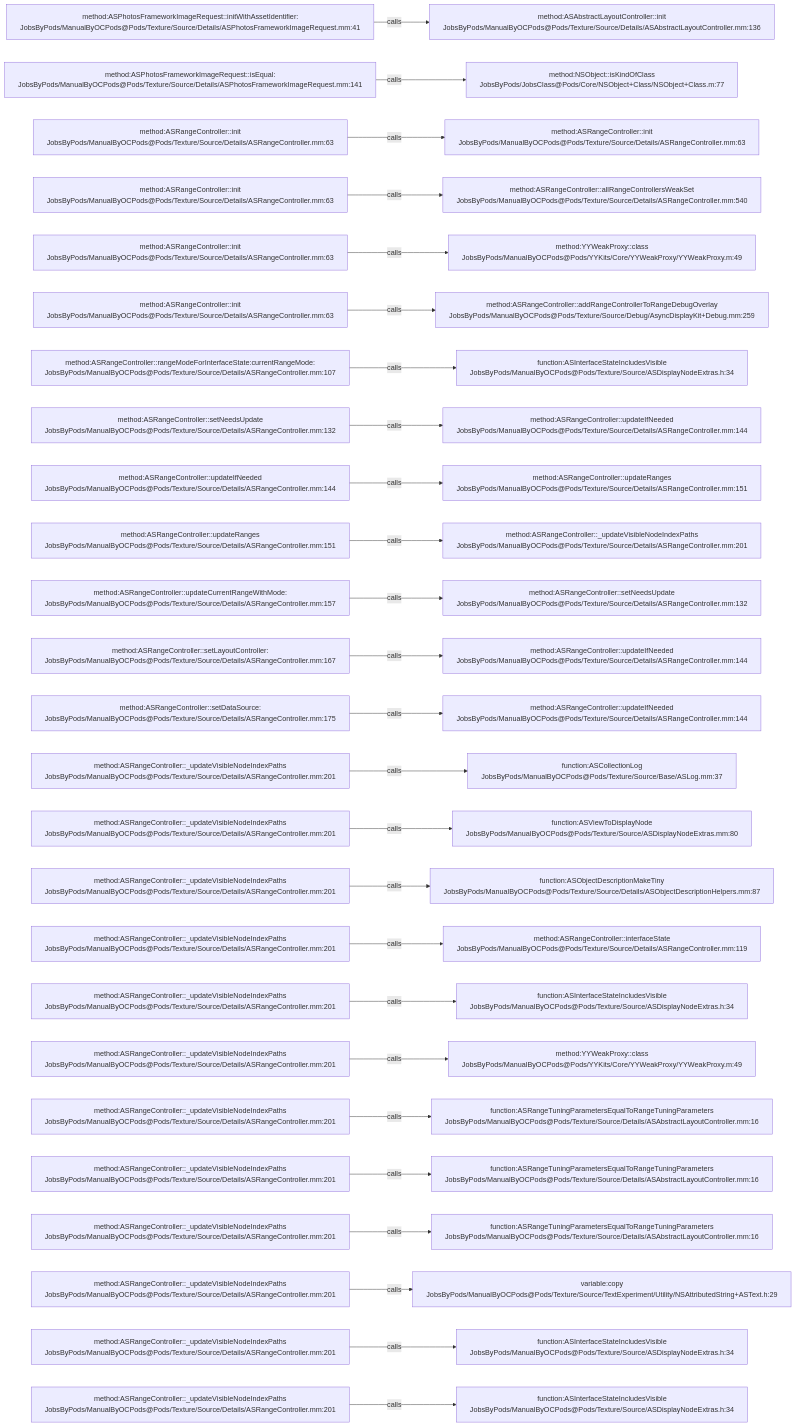
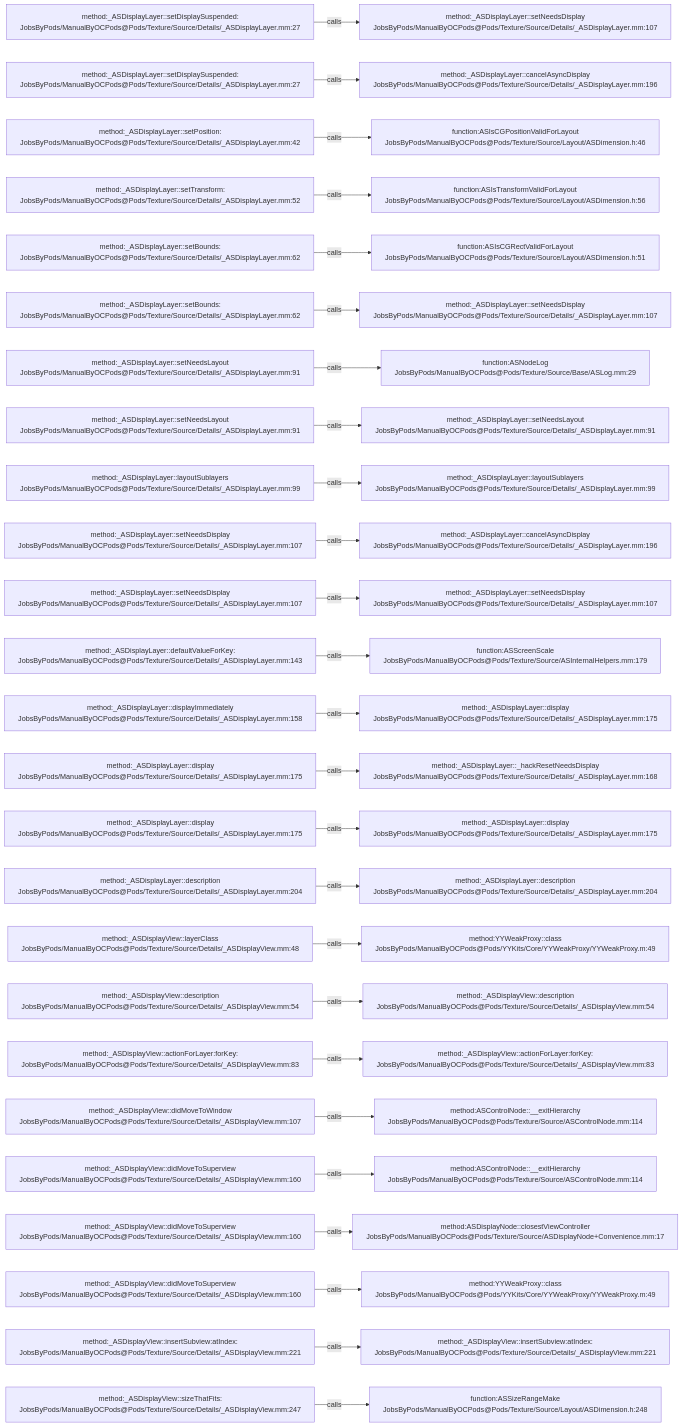
The diagram in .codegraph/codegraph.md/graphs/calls-155.md (JobsKits/JobsOCBaseConfigDemo), drawn with Mermaid before and after one commit. The commit also changed 2723 other files, not shown here.

````diff
--- a/.codegraph/codegraph.md/graphs/calls-155.md
+++ b/.codegraph/codegraph.md/graphs/calls-155.md
@@ -13,78 +13,78 @@
 ```mermaid
 flowchart LR
-  S1["method:ASPhotosFrameworkImageRequest::initWithAssetIdentifier:<br/>JobsByPods/ManualByOCPods@Pods/Texture/Source/Details/ASPhotosFrameworkImageRequest.mm:41"]
-  T1["method:ASAbstractLayoutController::init<br/>JobsByPods/ManualByOCPods@Pods/Texture/Source/Details/ASAbstractLayoutController.mm:136"]
+  S1["method:_ASDisplayLayer::setDisplaySuspended:<br/>JobsByPods/ManualByOCPods@Pods/Texture/Source/Details/_ASDisplayLayer.mm:27"]
+  T1["method:_ASDisplayLayer::setNeedsDisplay<br/>JobsByPods/ManualByOCPods@Pods/Texture/Source/Details/_ASDisplayLayer.mm:107"]
   S1 -->|calls| T1
-  S2["method:ASPhotosFrameworkImageRequest::isEqual:<br/>JobsByPods/ManualByOCPods@Pods/Texture/Source/Details/ASPhotosFrameworkImageRequest.mm:141"]
-  T2["method:NSObject::isKindOfClass<br/>JobsByPods/JobsClass@Pods/Core/NSObject+Class/NSObject+Class.m:77"]
+  S2["method:_ASDisplayLayer::setDisplaySuspended:<br/>JobsByPods/ManualByOCPods@Pods/Texture/Source/Details/_ASDisplayLayer.mm:27"]
+  T2["method:_ASDisplayLayer::cancelAsyncDisplay<br/>JobsByPods/ManualByOCPods@Pods/Texture/Source/Details/_ASDisplayLayer.mm:196"]
   S2 -->|calls| T2
-  S3["method:ASRangeController::init<br/>JobsByPods/ManualByOCPods@Pods/Texture/Source/Details/ASRangeController.mm:63"]
-  T3["method:ASRangeController::init<br/>JobsByPods/ManualByOCPods@Pods/Texture/Source/Details/ASRangeController.mm:63"]
+  S3["method:_ASDisplayLayer::setPosition:<br/>JobsByPods/ManualByOCPods@Pods/Texture/Source/Details/_ASDisplayLayer.mm:42"]
+  T3["function:ASIsCGPositionValidForLayout<br/>JobsByPods/ManualByOCPods@Pods/Texture/Source/Layout/ASDimension.h:46"]
   S3 -->|calls| T3
-  S4["method:ASRangeController::init<br/>JobsByPods/ManualByOCPods@Pods/Texture/Source/Details/ASRangeController.mm:63"]
-  T4["method:ASRangeController::allRangeControllersWeakSet<br/>JobsByPods/ManualByOCPods@Pods/Texture/Source/Details/ASRangeController.mm:540"]
+  S4["method:_ASDisplayLayer::setTransform:<br/>JobsByPods/ManualByOCPods@Pods/Texture/Source/Details/_ASDisplayLayer.mm:52"]
+  T4["function:ASIsTransformValidForLayout<br/>JobsByPods/ManualByOCPods@Pods/Texture/Source/Layout/ASDimension.h:56"]
   S4 -->|calls| T4
-  S5["method:ASRangeController::init<br/>JobsByPods/ManualByOCPods@Pods/Texture/Source/Details/ASRangeController.mm:63"]
-  T5["method:YYWeakProxy::class<br/>JobsByPods/ManualByOCPods@Pods/YYKits/Core/YYWeakProxy/YYWeakProxy.m:49"]
+  S5["method:_ASDisplayLayer::setBounds:<br/>JobsByPods/ManualByOCPods@Pods/Texture/Source/Details/_ASDisplayLayer.mm:62"]
+  T5["function:ASIsCGRectValidForLayout<br/>JobsByPods/ManualByOCPods@Pods/Texture/Source/Layout/ASDimension.h:51"]
   S5 -->|calls| T5
-  S6["method:ASRangeController::init<br/>JobsByPods/ManualByOCPods@Pods/Texture/Source/Details/ASRangeController.mm:63"]
-  T6["method:ASRangeController::addRangeControllerToRangeDebugOverlay<br/>JobsByPods/ManualByOCPods@Pods/Texture/Source/Debug/AsyncDisplayKit+Debug.mm:259"]
+  S6["method:_ASDisplayLayer::setBounds:<br/>JobsByPods/ManualByOCPods@Pods/Texture/Source/Details/_ASDisplayLayer.mm:62"]
+  T6["method:_ASDisplayLayer::setNeedsDisplay<br/>JobsByPods/ManualByOCPods@Pods/Texture/Source/Details/_ASDisplayLayer.mm:107"]
   S6 -->|calls| T6
-  S7["method:ASRangeController::rangeModeForInterfaceState:currentRangeMode:<br/>JobsByPods/ManualByOCPods@Pods/Texture/Source/Details/ASRangeController.mm:107"]
-  T7["function:ASInterfaceStateIncludesVisible<br/>JobsByPods/ManualByOCPods@Pods/Texture/Source/ASDisplayNodeExtras.h:34"]
+  S7["method:_ASDisplayLayer::setNeedsLayout<br/>JobsByPods/ManualByOCPods@Pods/Texture/Source/Details/_ASDisplayLayer.mm:91"]
+  T7["function:ASNodeLog<br/>JobsByPods/ManualByOCPods@Pods/Texture/Source/Base/ASLog.mm:29"]
   S7 -->|calls| T7
-  S8["method:ASRangeController::setNeedsUpdate<br/>JobsByPods/ManualByOCPods@Pods/Texture/Source/Details/ASRangeController.mm:132"]
-  T8["method:ASRangeController::updateIfNeeded<br/>JobsByPods/ManualByOCPods@Pods/Texture/Source/Details/ASRangeController.mm:144"]
+  S8["method:_ASDisplayLayer::setNeedsLayout<br/>JobsByPods/ManualByOCPods@Pods/Texture/Source/Details/_ASDisplayLayer.mm:91"]
+  T8["method:_ASDisplayLayer::setNeedsLayout<br/>JobsByPods/ManualByOCPods@Pods/Texture/Source/Details/_ASDisplayLayer.mm:91"]
   S8 -->|calls| T8
-  S9["method:ASRangeController::updateIfNeeded<br/>JobsByPods/ManualByOCPods@Pods/Texture/Source/Details/ASRangeController.mm:144"]
-  T9["method:ASRangeController::updateRanges<br/>JobsByPods/ManualByOCPods@Pods/Texture/Source/Details/ASRangeController.mm:151"]
+  S9["method:_ASDisplayLayer::layoutSublayers<br/>JobsByPods/ManualByOCPods@Pods/Texture/Source/Details/_ASDisplayLayer.mm:99"]
+  T9["method:_ASDisplayLayer::layoutSublayers<br/>JobsByPods/ManualByOCPods@Pods/Texture/Source/Details/_ASDisplayLayer.mm:99"]
   S9 -->|calls| T9
-  S10["method:ASRangeController::updateRanges<br/>JobsByPods/ManualByOCPods@Pods/Texture/Source/Details/ASRangeController.mm:151"]
-  T10["method:ASRangeController::_updateVisibleNodeIndexPaths<br/>JobsByPods/ManualByOCPods@Pods/Texture/Source/Details/ASRangeController.mm:201"]
+  S10["method:_ASDisplayLayer::setNeedsDisplay<br/>JobsByPods/ManualByOCPods@Pods/Texture/Source/Details/_ASDisplayLayer.mm:107"]
+  T10["method:_ASDisplayLayer::cancelAsyncDisplay<br/>JobsByPods/ManualByOCPods@Pods/Texture/Source/Details/_ASDisplayLayer.mm:196"]
   S10 -->|calls| T10
-  S11["method:ASRangeController::updateCurrentRangeWithMode:<br/>JobsByPods/ManualByOCPods@Pods/Texture/Source/Details/ASRangeController.mm:157"]
-  T11["method:ASRangeController::setNeedsUpdate<br/>JobsByPods/ManualByOCPods@Pods/Texture/Source/Details/ASRangeController.mm:132"]
+  S11["method:_ASDisplayLayer::setNeedsDisplay<br/>JobsByPods/ManualByOCPods@Pods/Texture/Source/Details/_ASDisplayLayer.mm:107"]
+  T11["method:_ASDisplayLayer::setNeedsDisplay<br/>JobsByPods/ManualByOCPods@Pods/Texture/Source/Details/_ASDisplayLayer.mm:107"]
   S11 -->|calls| T11
-  S12["method:ASRangeController::setLayoutController:<br/>JobsByPods/ManualByOCPods@Pods/Texture/Source/Details/ASRangeController.mm:167"]
-  T12["method:ASRangeController::updateIfNeeded<br/>JobsByPods/ManualByOCPods@Pods/Texture/Source/Details/ASRangeController.mm:144"]
+  S12["method:_ASDisplayLayer::defaultValueForKey:<br/>JobsByPods/ManualByOCPods@Pods/Texture/Source/Details/_ASDisplayLayer.mm:143"]
+  T12["function:ASScreenScale<br/>JobsByPods/ManualByOCPods@Pods/Texture/Source/ASInternalHelpers.mm:179"]
   S12 -->|calls| T12
-  S13["method:ASRangeController::setDataSource:<br/>JobsByPods/ManualByOCPods@Pods/Texture/Source/Details/ASRangeController.mm:175"]
-  T13["method:ASRangeController::updateIfNeeded<br/>JobsByPods/ManualByOCPods@Pods/Texture/Source/Details/ASRangeController.mm:144"]
+  S13["method:_ASDisplayLayer::displayImmediately<br/>JobsByPods/ManualByOCPods@Pods/Texture/Source/Details/_ASDisplayLayer.mm:158"]
+  T13["method:_ASDisplayLayer::display<br/>JobsByPods/ManualByOCPods@Pods/Texture/Source/Details/_ASDisplayLayer.mm:175"]
   S13 -->|calls| T13
-  S14["method:ASRangeController::_updateVisibleNodeIndexPaths<br/>JobsByPods/ManualByOCPods@Pods/Texture/Source/Details/ASRangeController.mm:201"]
-  T14["function:ASCollectionLog<br/>JobsByPods/ManualByOCPods@Pods/Texture/Source/Base/ASLog.mm:37"]
+  S14["method:_ASDisplayLayer::display<br/>JobsByPods/ManualByOCPods@Pods/Texture/Source/Details/_ASDisplayLayer.mm:175"]
+  T14["method:_ASDisplayLayer::_hackResetNeedsDisplay<br/>JobsByPods/ManualByOCPods@Pods/Texture/Source/Details/_ASDisplayLayer.mm:168"]
   S14 -->|calls| T14
-  S15["method:ASRangeController::_updateVisibleNodeIndexPaths<br/>JobsByPods/ManualByOCPods@Pods/Texture/Source/Details/ASRangeController.mm:201"]
-  T15["function:ASViewToDisplayNode<br/>JobsByPods/ManualByOCPods@Pods/Texture/Source/ASDisplayNodeExtras.mm:80"]
+  S15["method:_ASDisplayLayer::display<br/>JobsByPods/ManualByOCPods@Pods/Texture/Source/Details/_ASDisplayLayer.mm:175"]
+  T15["method:_ASDisplayLayer::display<br/>JobsByPods/ManualByOCPods@Pods/Texture/Source/Details/_ASDisplayLayer.mm:175"]
   S15 -->|calls| T15
-  S16["method:ASRangeController::_updateVisibleNodeIndexPaths<br/>JobsByPods/ManualByOCPods@Pods/Texture/Source/Details/ASRangeController.mm:201"]
-  T16["function:ASObjectDescriptionMakeTiny<br/>JobsByPods/ManualByOCPods@Pods/Texture/Source/Details/ASObjectDescriptionHelpers.mm:87"]
+  S16["method:_ASDisplayLayer::description<br/>JobsByPods/ManualByOCPods@Pods/Texture/Source/Details/_ASDisplayLayer.mm:204"]
+  T16["method:_ASDisplayLayer::description<br/>JobsByPods/ManualByOCPods@Pods/Texture/Source/Details/_ASDisplayLayer.mm:204"]
   S16 -->|calls| T16
-  S17["method:ASRangeController::_updateVisibleNodeIndexPaths<br/>JobsByPods/ManualByOCPods@Pods/Texture/Source/Details/ASRangeController.mm:201"]
-  T17["method:ASRangeController::interfaceState<br/>JobsByPods/ManualByOCPods@Pods/Texture/Source/Details/ASRangeController.mm:119"]
+  S17["method:_ASDisplayView::layerClass<br/>JobsByPods/ManualByOCPods@Pods/Texture/Source/Details/_ASDisplayView.mm:48"]
+  T17["method:YYWeakProxy::class<br/>JobsByPods/ManualByOCPods@Pods/YYKits/Core/YYWeakProxy/YYWeakProxy.m:49"]
   S17 -->|calls| T17
-  S18["method:ASRangeController::_updateVisibleNodeIndexPaths<br/>JobsByPods/ManualByOCPods@Pods/Texture/Source/Details/ASRangeController.mm:201"]
-  T18["function:ASInterfaceStateIncludesVisible<br/>JobsByPods/ManualByOCPods@Pods/Texture/Source/ASDisplayNodeExtras.h:34"]
+  S18["method:_ASDisplayView::description<br/>JobsByPods/ManualByOCPods@Pods/Texture/Source/Details/_ASDisplayView.mm:54"]
+  T18["method:_ASDisplayView::description<br/>JobsByPods/ManualByOCPods@Pods/Texture/Source/Details/_ASDisplayView.mm:54"]
   S18 -->|calls| T18
-  S19["method:ASRangeController::_updateVisibleNodeIndexPaths<br/>JobsByPods/ManualByOCPods@Pods/Texture/Source/Details/ASRangeController.mm:201"]
-  T19["method:YYWeakProxy::class<br/>JobsByPods/ManualByOCPods@Pods/YYKits/Core/YYWeakProxy/YYWeakProxy.m:49"]
+  S19["method:_ASDisplayView::actionForLayer:forKey:<br/>JobsByPods/ManualByOCPods@Pods/Texture/Source/Details/_ASDisplayView.mm:83"]
+  T19["method:_ASDisplayView::actionForLayer:forKey:<br/>JobsByPods/ManualByOCPods@Pods/Texture/Source/Details/_ASDisplayView.mm:83"]
   S19 -->|calls| T19
-  S20["method:ASRangeController::_updateVisibleNodeIndexPaths<br/>JobsByPods/ManualByOCPods@Pods/Texture/Source/Details/ASRangeController.mm:201"]
-  T20["function:ASRangeTuningParametersEqualToRangeTuningParameters<br/>JobsByPods/ManualByOCPods@Pods/Texture/Source/Details/ASAbstractLayoutController.mm:16"]
+  S20["method:_ASDisplayView::didMoveToWindow<br/>JobsByPods/ManualByOCPods@Pods/Texture/Source/Details/_ASDisplayView.mm:107"]
+  T20["method:ASControlNode::__exitHierarchy<br/>JobsByPods/ManualByOCPods@Pods/Texture/Source/ASControlNode.mm:114"]
   S20 -->|calls| T20
-  S21["method:ASRangeController::_updateVisibleNodeIndexPaths<br/>JobsByPods/ManualByOCPods@Pods/Texture/Source/Details/ASRangeController.mm:201"]
-  T21["function:ASRangeTuningParametersEqualToRangeTuningParameters<br/>JobsByPods/ManualByOCPods@Pods/Texture/Source/Details/ASAbstractLayoutController.mm:16"]
+  S21["method:_ASDisplayView::didMoveToSuperview<br/>JobsByPods/ManualByOCPods@Pods/Texture/Source/Details/_ASDisplayView.mm:160"]
+  T21["method:ASControlNode::__exitHierarchy<br/>JobsByPods/ManualByOCPods@Pods/Texture/Source/ASControlNode.mm:114"]
   S21 -->|calls| T21
-  S22["method:ASRangeController::_updateVisibleNodeIndexPaths<br/>JobsByPods/ManualByOCPods@Pods/Texture/Source/Details/ASRangeController.mm:201"]
-  T22["function:ASRangeTuningParametersEqualToRangeTuningParameters<br/>JobsByPods/ManualByOCPods@Pods/Texture/Source/Details/ASAbstractLayoutController.mm:16"]
+  S22["method:_ASDisplayView::didMoveToSuperview<br/>JobsByPods/ManualByOCPods@Pods/Texture/Source/Details/_ASDisplayView.mm:160"]
+  T22["method:ASDisplayNode::closestViewController<br/>JobsByPods/ManualByOCPods@Pods/Texture/Source/ASDisplayNode+Convenience.mm:17"]
   S22 -->|calls| T22
-  S23["method:ASRangeController::_updateVisibleNodeIndexPaths<br/>JobsByPods/ManualByOCPods@Pods/Texture/Source/Details/ASRangeController.mm:201"]
-  T23["variable:copy<br/>JobsByPods/ManualByOCPods@Pods/Texture/Source/TextExperiment/Utility/NSAttributedString+ASText.h:29"]
+  S23["method:_ASDisplayView::didMoveToSuperview<br/>JobsByPods/ManualByOCPods@Pods/Texture/Source/Details/_ASDisplayView.mm:160"]
+  T23["method:YYWeakProxy::class<br/>JobsByPods/ManualByOCPods@Pods/YYKits/Core/YYWeakProxy/YYWeakProxy.m:49"]
   S23 -->|calls| T23
-  S24["method:ASRangeController::_updateVisibleNodeIndexPaths<br/>JobsByPods/ManualByOCPods@Pods/Texture/Source/Details/ASRangeController.mm:201"]
-  T24["function:ASInterfaceStateIncludesVisible<br/>JobsByPods/ManualByOCPods@Pods/Texture/Source/ASDisplayNodeExtras.h:34"]
+  S24["method:_ASDisplayView::insertSubview:atIndex:<br/>JobsByPods/ManualByOCPods@Pods/Texture/Source/Details/_ASDisplayView.mm:221"]
+  T24["method:_ASDisplayView::insertSubview:atIndex:<br/>JobsByPods/ManualByOCPods@Pods/Texture/Source/Details/_ASDisplayView.mm:221"]
   S24 -->|calls| T24
-  S25["method:ASRangeController::_updateVisibleNodeIndexPaths<br/>JobsByPods/ManualByOCPods@Pods/Texture/Source/Details/ASRangeController.mm:201"]
-  T25["function:ASInterfaceStateIncludesVisible<br/>JobsByPods/ManualByOCPods@Pods/Texture/Source/ASDisplayNodeExtras.h:34"]
+  S25["method:_ASDisplayView::sizeThatFits:<br/>JobsByPods/ManualByOCPods@Pods/Texture/Source/Details/_ASDisplayView.mm:247"]
+  T25["function:ASSizeRangeMake<br/>JobsByPods/ManualByOCPods@Pods/Texture/Source/Layout/ASDimension.h:248"]
   S25 -->|calls| T25
 ```
````
